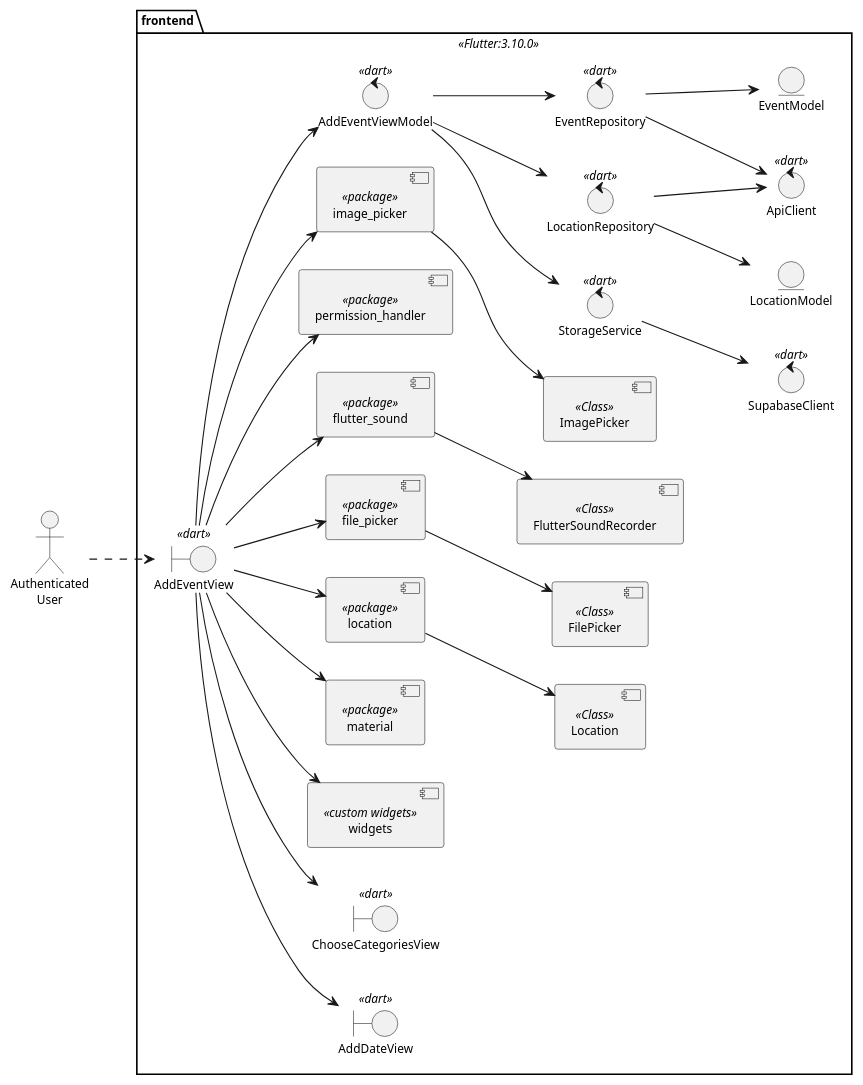
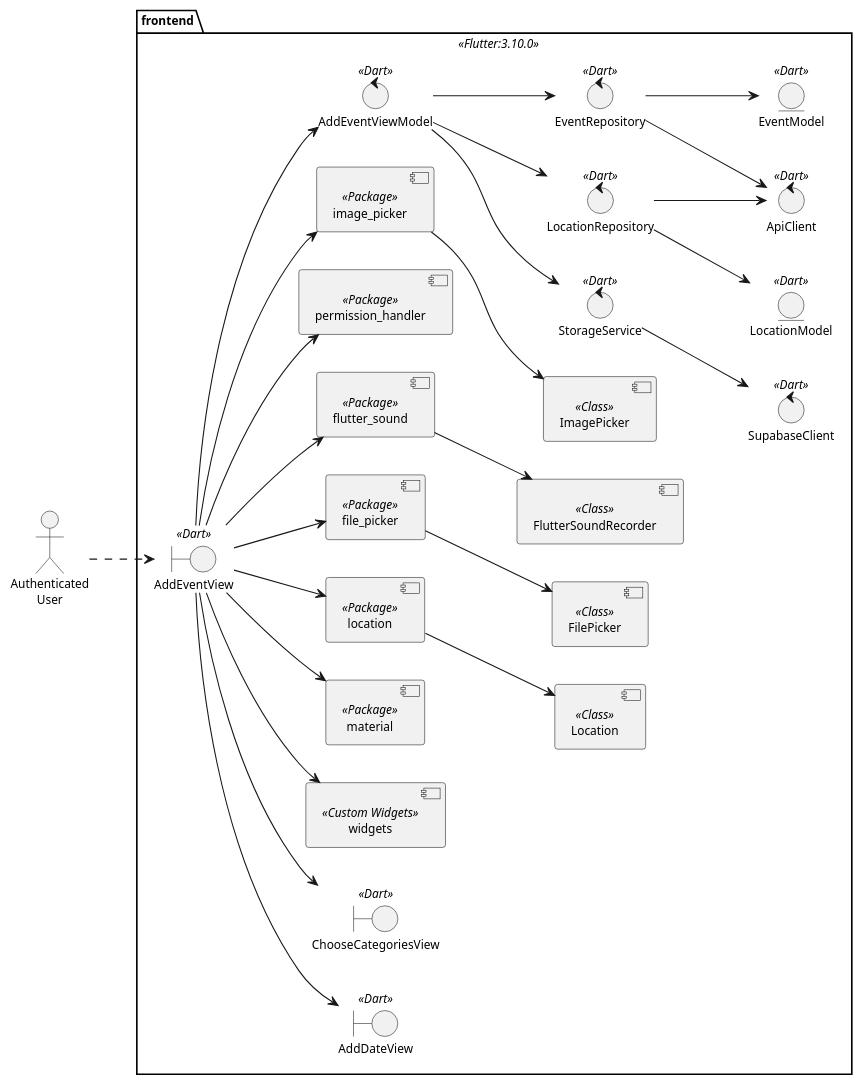
Before and after one commit to valeraruggierotesisucv/tesis-frameworks-mobile-diagrams: the diagram in Diseño/Flutter/UC 6 Diseño/DesignClassDiagram.plantuml, drawn with PlantUML. The commit also changed 13 other files, not shown here.

Commit message:
updated the .svg diagrams

```diff
--- a/Diseño/Flutter/UC 6 Diseño/DesignClassDiagram.plantuml
+++ b/Diseño/Flutter/UC 6 Diseño/DesignClassDiagram.plantuml
@@ -1,69 +1,69 @@
 @startuml DesignClassDiagram
 skinparam style strictuml
 skinparam defaultTextAlignment center
 skinparam defaultFontSize 11
 left to right direction
 actor "Authenticated\nUser" as UserReg
 
 
 package frontend <<Flutter:3.10.0>>{
-    boundary "AddEventView" as addEventView << dart >>
-    boundary "AddDateView" as addDateView << dart >>
-    boundary "ChooseCategoriesView" as chooseCategoriesView << dart >>
+    boundary "AddEventView" as addEventView << Dart >>
+    boundary "AddDateView" as addDateView << Dart >>
+    boundary "ChooseCategoriesView" as chooseCategoriesView << Dart >>
 
-    component "widgets" as widgets <<custom widgets>>
-    component "material" as material <<package>>
-    component "location" as locationPackage <<package>>
-    component "file_picker" as flutterFilePicker <<package>>
-    component "flutter_sound" as flutterSound <<package>>
-    component "permission_handler" as permissionHandler <<package>>
-    component "image_picker" as flutterImagePicker <<package>>
+    component "widgets" as widgets <<Custom Widgets>>
+    component "material" as material <<Package>>
+    component "location" as locationPackage <<Package>>
+    component "file_picker" as flutterFilePicker <<Package>>
+    component "flutter_sound" as flutterSound <<Package>>
+    component "permission_handler" as permissionHandler <<Package>>
+    component "image_picker" as flutterImagePicker <<Package>>
 
     component "Location" as location <<Class>>
     component "FilePicker" as filePicker <<Class>>
     component "FlutterSoundRecorder" as flutterSoundRecorder <<Class>>
     component "ImagePicker" as imagePicker <<Class>>
 
-    control "EventRepository" as eventRepository << dart >>
-    control "LocationRepository" as locationRepository << dart >>
-    control "StorageService" as storageService << dart >>
-    control "ApiClient" as apiClient << dart >>
-    control "SupabaseClient" as supabaseClient << dart >>
-    control "AddEventViewModel" as addEventViewModel << dart >>
+    control "EventRepository" as eventRepository << Dart >>
+    control "LocationRepository" as locationRepository << Dart >>
+    control "StorageService" as storageService << Dart >>
+    control "ApiClient" as apiClient << Dart >>
+    control "SupabaseClient" as supabaseClient << Dart >>
+    control "AddEventViewModel" as addEventViewModel << Dart >>
 
-    entity "EventModel" as eventModel
-    entity "LocationModel" as locationModel
+    entity "EventModel" as eventModel << Dart >>
+    entity "LocationModel" as locationModel << Dart >>
 
 }
 
 UserReg ..> addEventView
 
 addEventView --> addDateView
 addEventView --> chooseCategoriesView
 addEventView --> widgets
 addEventView --> material
 addEventView --> locationPackage
 addEventView --> flutterFilePicker
 addEventView --> flutterSound
 addEventView --> permissionHandler
 addEventView --> flutterImagePicker
 addEventView --> addEventViewModel
 
 addEventViewModel --> eventRepository
 addEventViewModel --> locationRepository
 addEventViewModel --> storageService
 
 eventRepository --> apiClient
 eventRepository --> eventModel
 
 locationRepository --> apiClient
 locationRepository --> locationModel
 
 storageService --> supabaseClient
 
 locationPackage --> location
 flutterFilePicker --> filePicker
 flutterSound --> flutterSoundRecorder
 flutterImagePicker --> imagePicker
 
 @enduml
```
